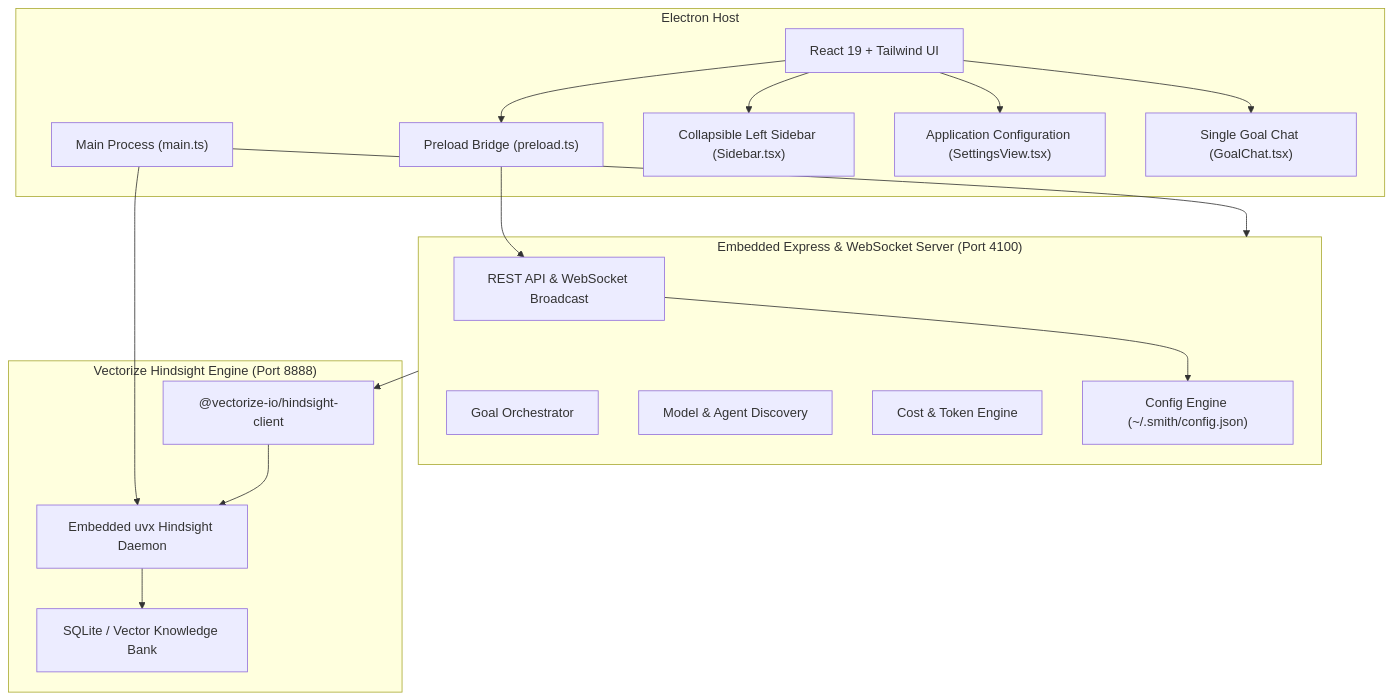
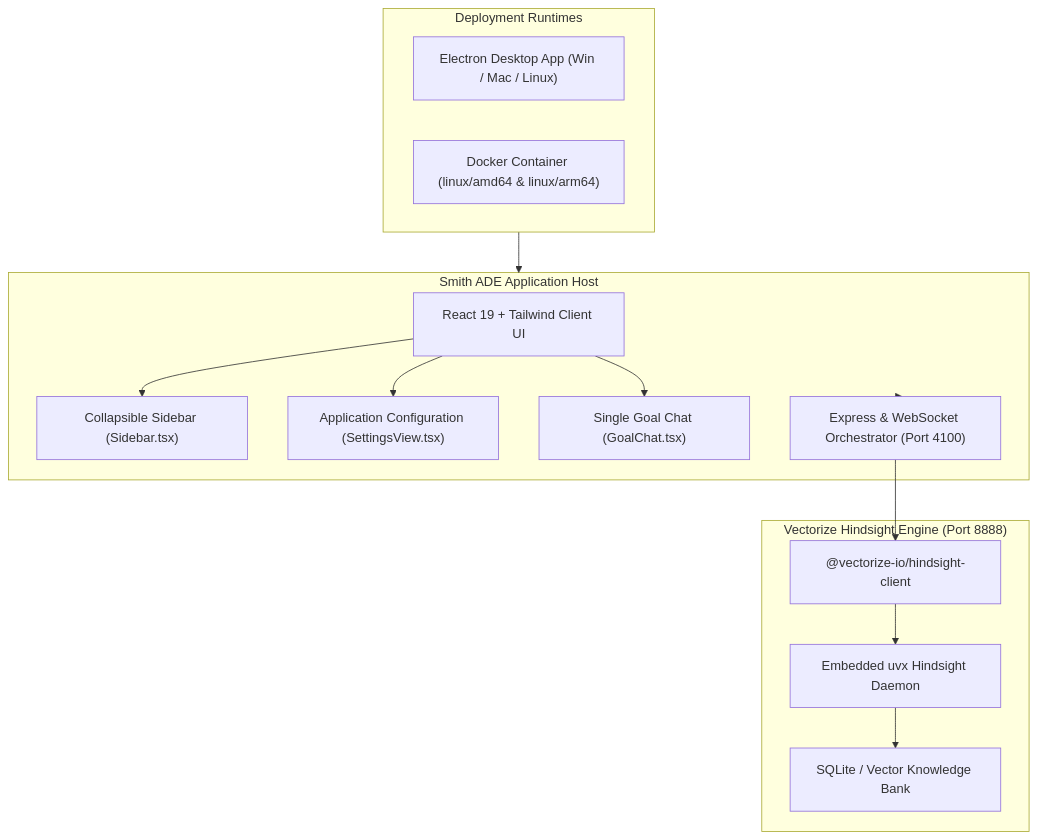
One commit to jeeyo/smith changed the diagram in README.md. Above: the diagram before and after it, drawn with Mermaid. The commit also changed other lines of this file and 6 other files, not shown here.

Commit message:
feat: add multi-arch Docker image (amd64/arm64) with Node 22, uvx, and Vectorize Hindsight

````diff
--- a/README.md
+++ b/README.md
@@ -78,37 +102,30 @@
 ```mermaid
 flowchart TD
-    subgraph Electron ["Electron Host"]
-        Main["Main Process (main.ts)"]
-        Preload["Preload Bridge (preload.ts)"]
-        Renderer["React 19 + Tailwind UI"]
-        Sidebar["Collapsible Left Sidebar (Sidebar.tsx)"]
+    subgraph HostOptions ["Deployment Runtimes"]
+        Electron["Electron Desktop App (Win / Mac / Linux)"]
+        Docker["Docker Container (linux/amd64 & linux/arm64)"]
+    end
+
+    subgraph AppHost ["Smith ADE Application Host"]
+        Renderer["React 19 + Tailwind Client UI"]
+        Sidebar["Collapsible Sidebar (Sidebar.tsx)"]
         SettingsView["Application Configuration (SettingsView.tsx)"]
         GoalChat["Single Goal Chat (GoalChat.tsx)"]
-    end
-
-    subgraph Backend ["Embedded Express & WebSocket Server (Port 4100)"]
-        API["REST API & WebSocket Broadcast"]
-        Orchestrator["Goal Orchestrator"]
-        Discovery["Model & Agent Discovery"]
-        CostEngine["Cost & Token Engine"]
-        ConfigEngine["Config Engine (~/.smith/config.json)"]
+        Server["Express & WebSocket Orchestrator (Port 4100)"]
     end
 
     subgraph Hindsight ["Vectorize Hindsight Engine (Port 8888)"]
         HSDaemon["Embedded uvx Hindsight Daemon"]
         HSClient["@vectorize-io/hindsight-client"]
         MemoryBank["SQLite / Vector Knowledge Bank"]
     end
 
-    Main --> Backend
-    Main --> HSDaemon
-    Renderer --> Preload
-    Preload --> API
+    HostOptions --> AppHost
     Renderer --> Sidebar
     Renderer --> SettingsView
     Renderer --> GoalChat
-    API --> ConfigEngine
-    Backend --> HSClient
+    AppHost --> Server
+    Server --> HSClient
     HSClient --> HSDaemon
     HSDaemon --> MemoryBank
 ```
````
